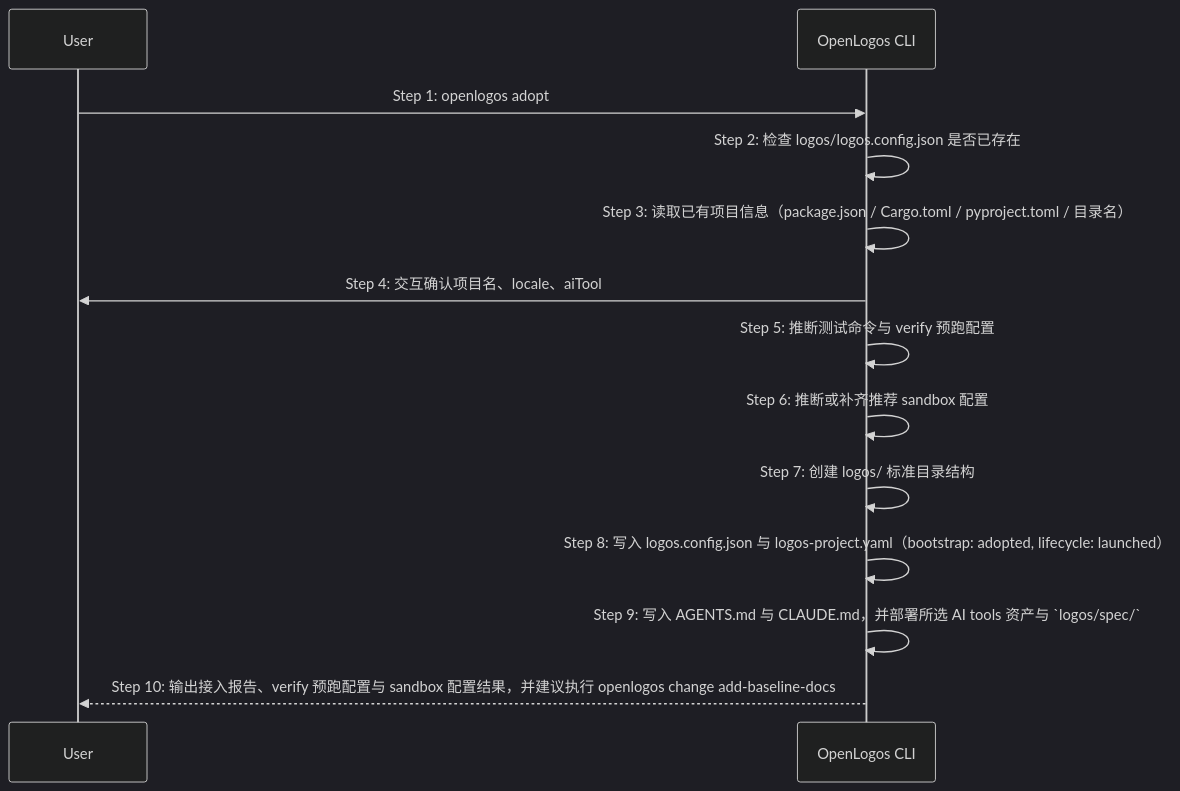
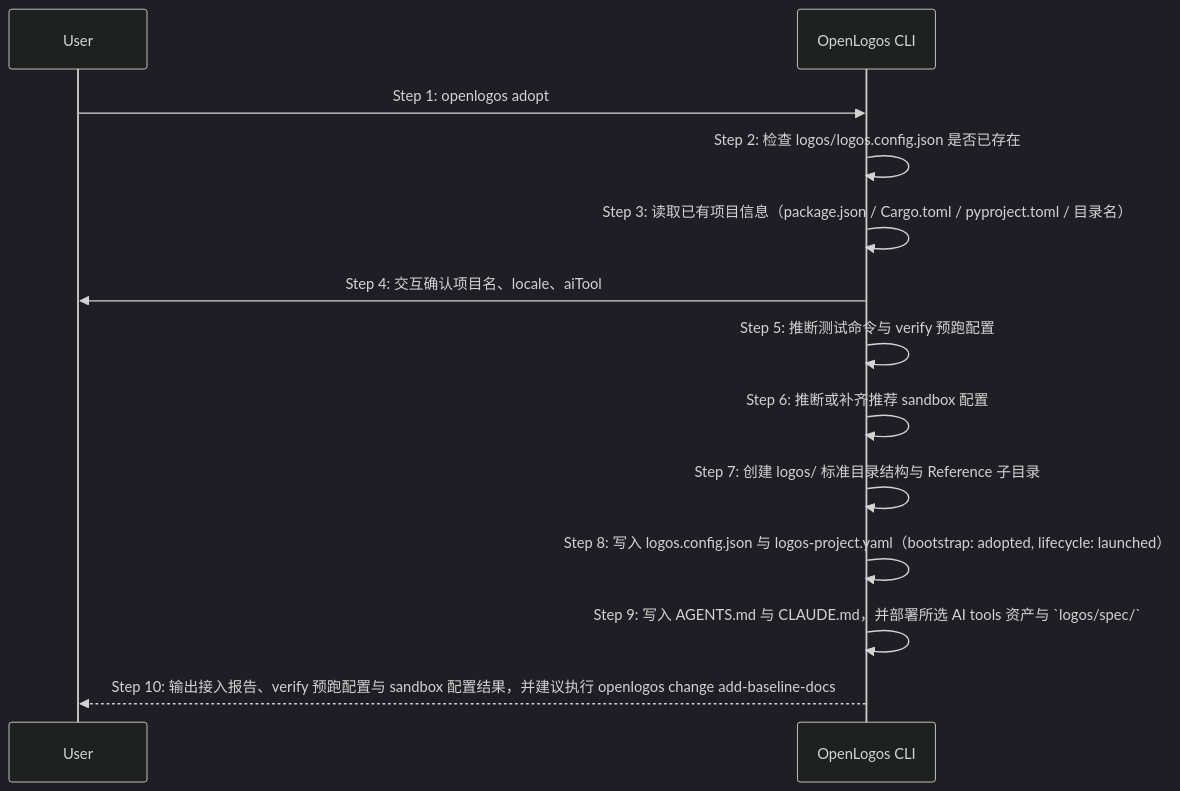
One commit to miniidealab/openlogos changed the diagram in logos/resources/prd/3-technical-plan/2-scenario-implementation/core-S20-adopt-existing-project.md. Above: the diagram before and after it, drawn with Mermaid (dark theme). The commit also changed other lines of this file and 8 other files, not shown here.

````diff
--- a/logos/resources/prd/3-technical-plan/2-scenario-implementation/core-S20-adopt-existing-project.md
+++ b/logos/resources/prd/3-technical-plan/2-scenario-implementation/core-S20-adopt-existing-project.md
@@ -3,16 +3,16 @@
 ```mermaid
 sequenceDiagram
     participant U as User
     participant C as OpenLogos CLI
 
     U->>C: Step 1: openlogos adopt
     C->>C: Step 2: 检查 logos/logos.config.json 是否已存在
     C->>C: Step 3: 读取已有项目信息（package.json / Cargo.toml / pyproject.toml / 目录名）
     C->>U: Step 4: 交互确认项目名、locale、aiTool
     C->>C: Step 5: 推断测试命令与 verify 预跑配置
     C->>C: Step 6: 推断或补齐推荐 sandbox 配置
-    C->>C: Step 7: 创建 logos/ 标准目录结构
+    C->>C: Step 7: 创建 logos/ 标准目录结构与 Reference 子目录
     C->>C: Step 8: 写入 logos.config.json 与 logos-project.yaml（bootstrap: adopted, lifecycle: launched）
     C->>C: Step 9: 写入 AGENTS.md 与 CLAUDE.md，并部署所选 AI tools 资产与 `logos/spec/`
     C-->>U: Step 10: 输出接入报告、verify 预跑配置与 sandbox 配置结果，并建议执行 openlogos change add-baseline-docs
 ```
````
